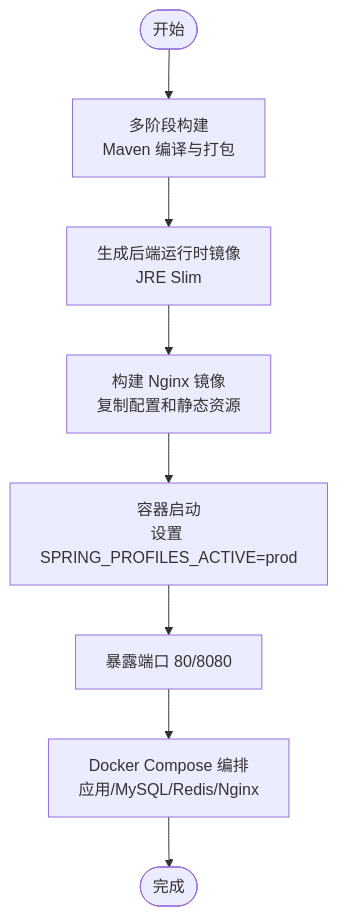
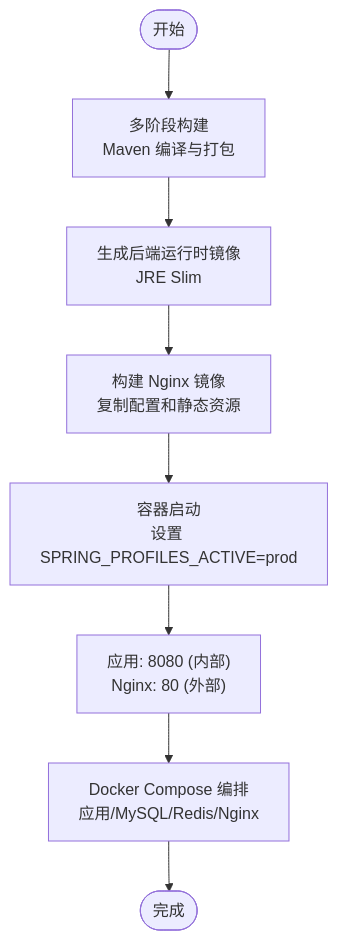
The third of 6 diagrams in .qoder/repowiki/zh/content/部署指南/部署指南.md (junjiechen66/newWorld), drawn with Mermaid before and after one commit. The commit also changed other lines of this file and 70 other files, not shown here.

````diff
--- a/.qoder/repowiki/zh/content/部署指南/部署指南.md
+++ b/.qoder/repowiki/zh/content/部署指南/部署指南.md
@@ -180,10 +195,10 @@
 ```mermaid
 flowchart TD
 Start(["开始"]) --> Build["多阶段构建<br/>Maven 编译与打包"]
 Build --> AppImage["生成后端运行时镜像<br/>JRE Slim"]
 AppImage --> NginxBuild["构建 Nginx 镜像<br/>复制配置和静态资源"]
 NginxBuild --> Run["容器启动<br/>设置 SPRING_PROFILES_ACTIVE=prod"]
-Run --> Expose["暴露端口 80/8080"]
+Run --> Expose["应用: 8080 (内部)<br/>Nginx: 80 (外部)"]
 Expose --> Compose["Docker Compose 编排<br/>应用/MySQL/Redis/Nginx"]
 Compose --> Done(["完成"])
 ```
````
